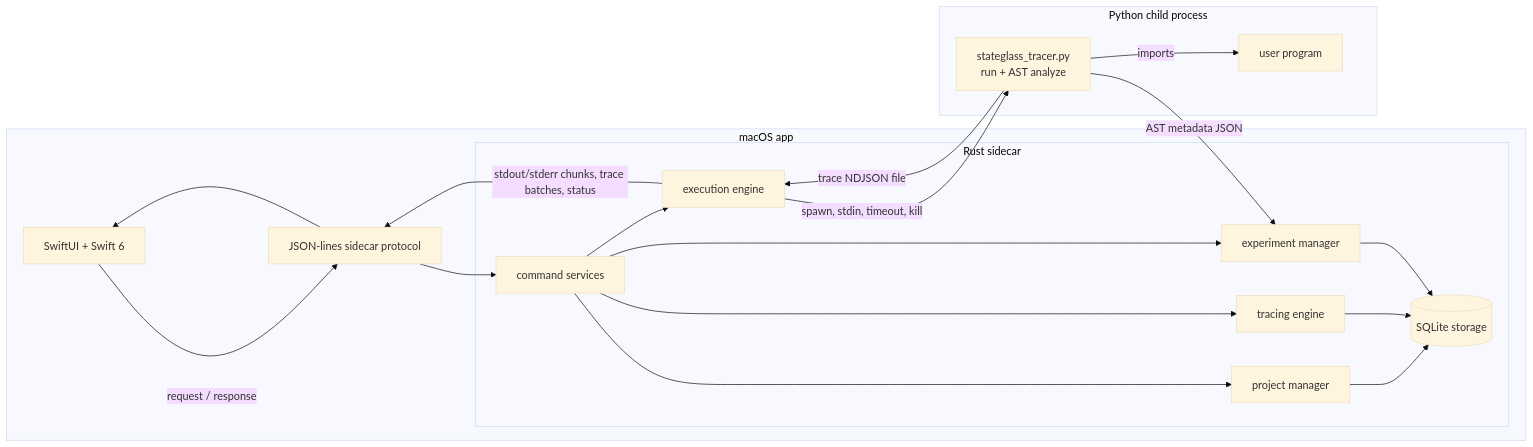
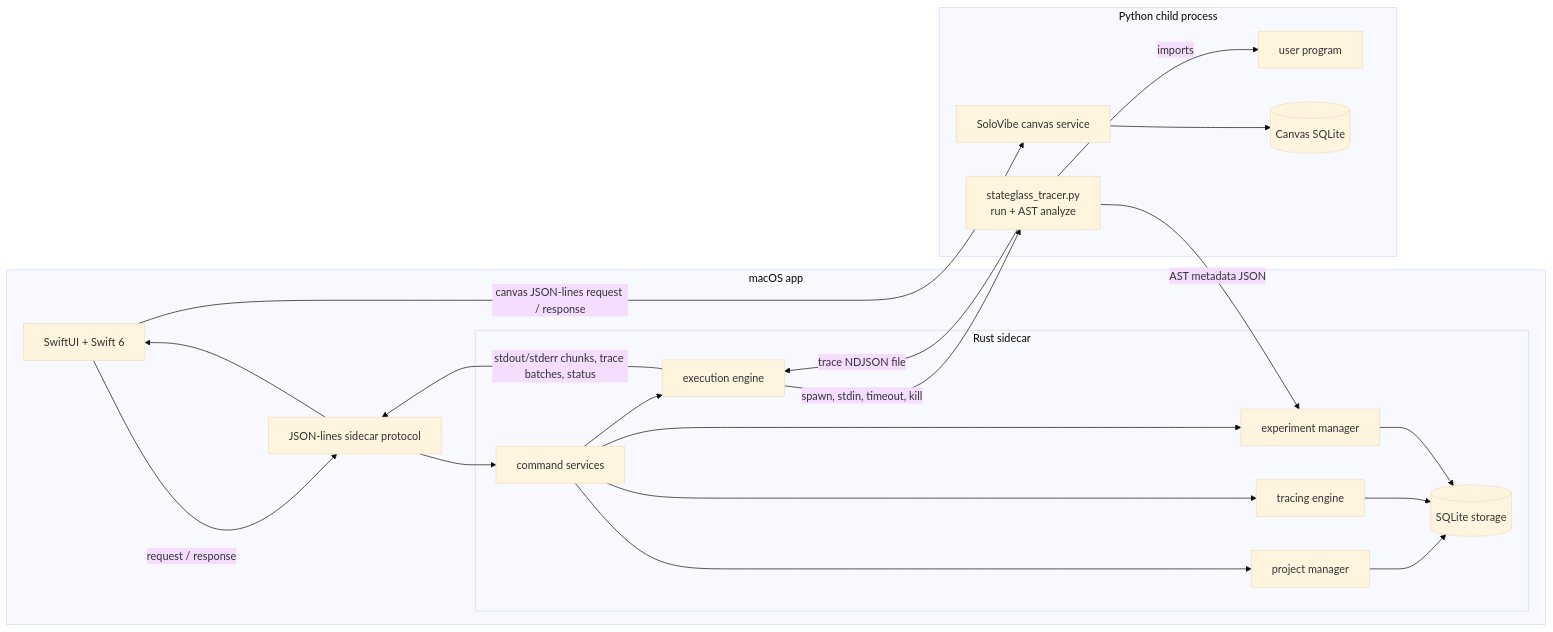
Before and after one commit to Apollo-Studio-Moonshot/StateGlass: the diagram in README.md, drawn with Mermaid (base theme). The commit also changed other lines of this file and 11 other files, not shown here.

First line of the commit message:
Add Python-backed SoloVibe context canvas

````diff
--- a/README.md
+++ b/README.md
@@ -122,34 +126,38 @@
 ```mermaid
 flowchart LR
     subgraph Desktop["macOS app"]
         UI["SwiftUI + Swift 6"]
         IPC["JSON-lines sidecar protocol"]
         subgraph Rust["Rust sidecar"]
             CMD[command services]
             PM[project manager]
             EX[execution engine]
             TR[tracing engine]
             XP[experiment manager]
             ST[(SQLite storage)]
         end
     end
 
     subgraph Py["Python child process"]
         T["stateglass_tracer.py<br/>run + AST analyze"]
         P["user program"]
+        CS["SoloVibe canvas service"]
+        CST[(Canvas SQLite)]
     end
 
     UI -->|request / response| IPC --> CMD
     CMD --> PM
     CMD --> EX
     CMD --> TR
     CMD --> XP
     PM --> ST
     TR --> ST
     XP --> ST
     EX -->|spawn, stdin, timeout, kill| T
     T -->|trace NDJSON file| EX
     EX -->|stdout/stderr chunks, trace batches, status| IPC --> UI
     T -->|imports| P
     T -->|AST metadata JSON| XP
+    UI -->|canvas JSON-lines request / response| CS
+    CS --> CST
 ```
````
